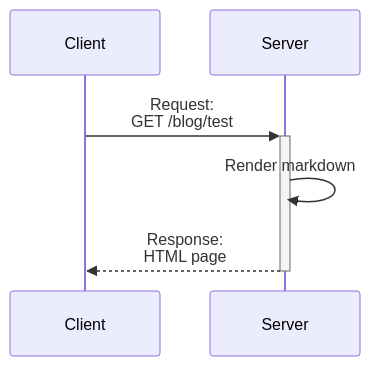
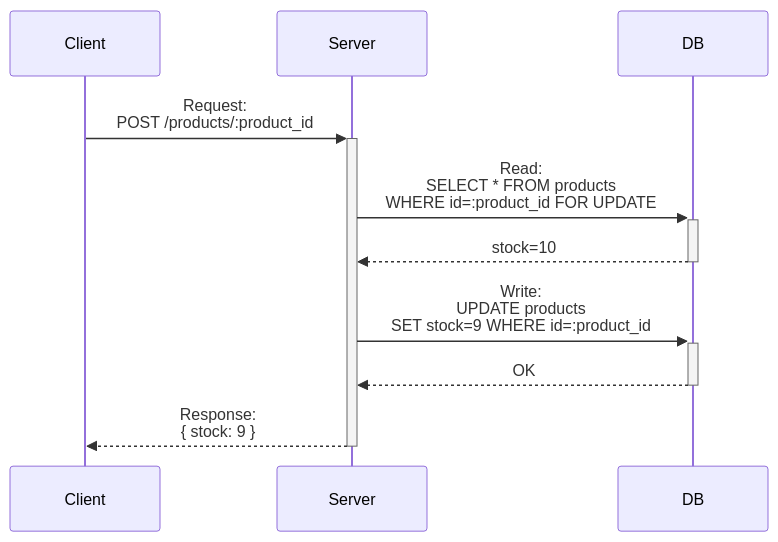
One commit to nukopy/chasing-the-kernel.com changed the first of 4 diagrams in src/content/blog/test-markdown.md. Above: the diagram before and after it, drawn with Mermaid. The commit also changed other lines of this file and 10 other files, not shown here.

First line of the commit message:
Enable the feature to write mermaid in Markdown code block (#8)

````diff
--- a/src/content/blog/test-markdown.md
+++ b/src/content/blog/test-markdown.md
@@ -414,6 +414,13 @@
 ```mermaid
 sequenceDiagram
-    Client->>+Server: Request:<br/>GET /blog/test
-    Server->>Server: Render markdown
-    Server-->>-Client: Response:<br/>HTML page
+    participant Client
+    participant Server
+    participant DB
+
+    Client->>+Server: Request:<br/>POST /products/:product_id
+    Server->>+DB: Read:<br/>SELECT * FROM products<br/>WHERE id=:product_id FOR UPDATE
+    DB-->>-Server: stock=10
+    Server->>+DB: Write:<br/>UPDATE products<br/>SET stock=9 WHERE id=:product_id
+    DB-->>-Server: OK
+    Server-->>-Client: Response:<br/>{ stock: 9 }
 ```
````
